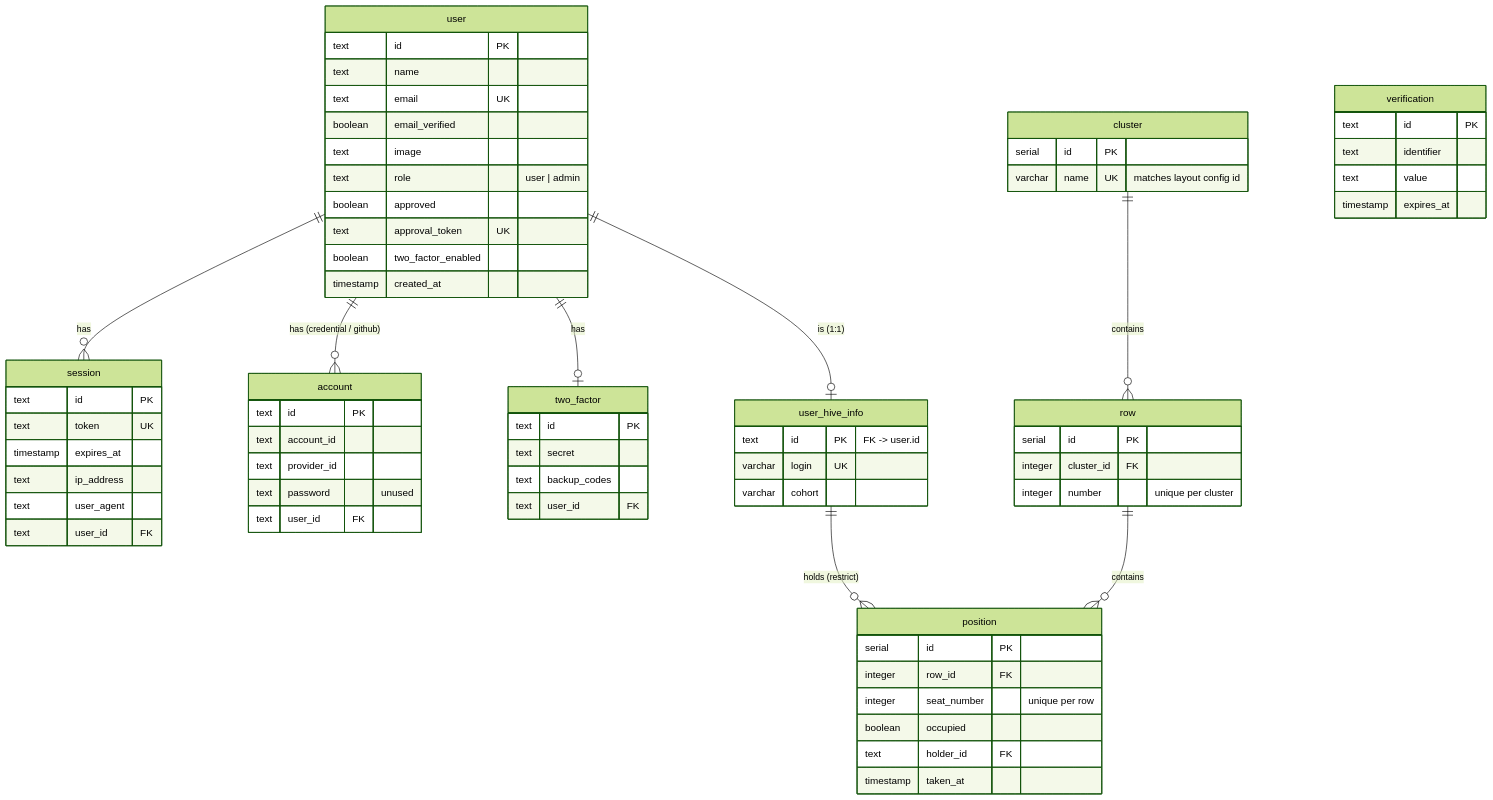
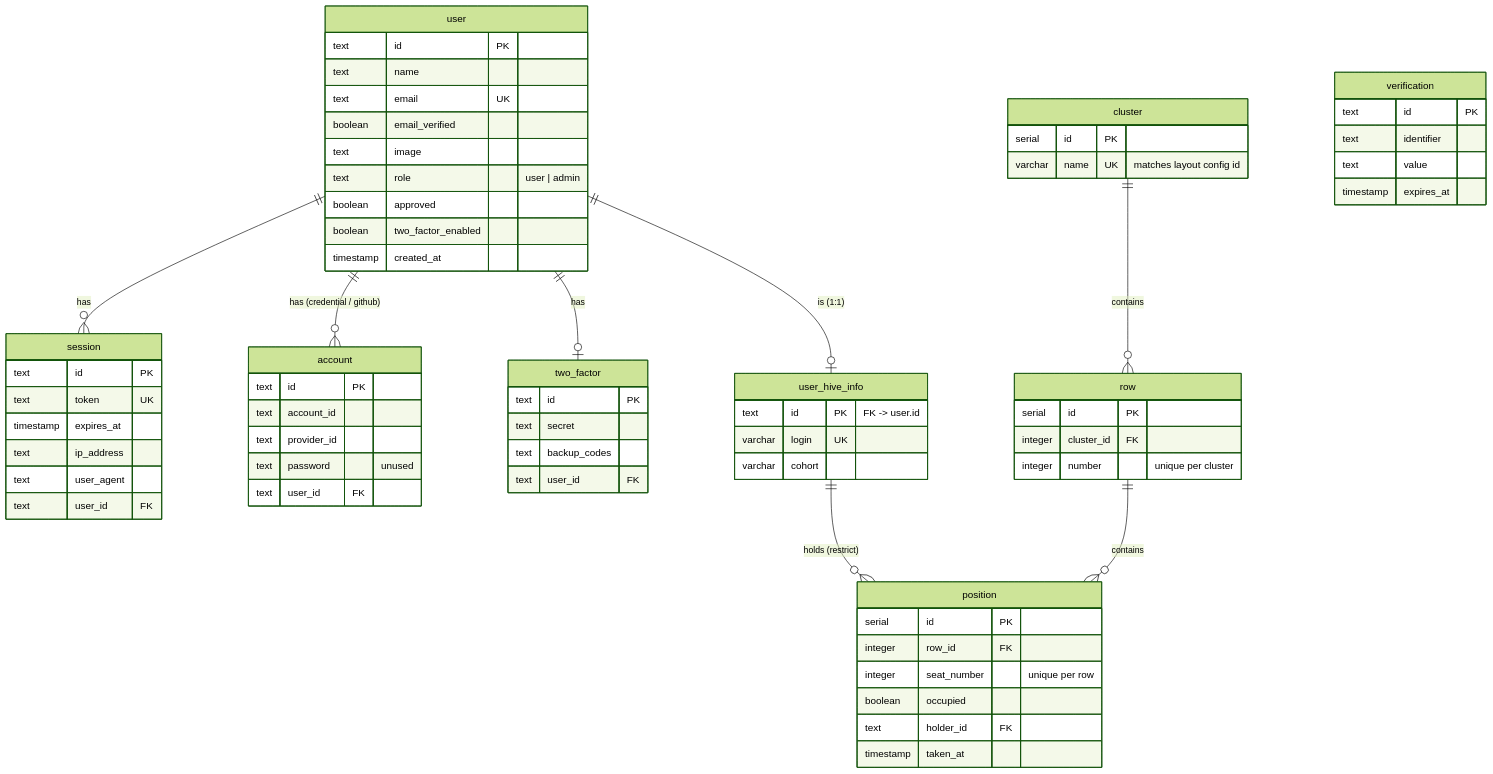
One commit to a-kuchmambetov/cluster_map changed the diagram in README.md. Above: the diagram before and after it, drawn with Mermaid (forest theme). The commit also changed other lines of this file and 51 other files, not shown here.

````diff
--- a/README.md
+++ b/README.md
@@ -243,72 +244,71 @@
 ```mermaid
 erDiagram
     user ||--o{ session : has
     user ||--o{ account : "has (credential / github)"
     user ||--o| two_factor : has
     user ||--o| user_hive_info : "is (1:1)"
     cluster ||--o{ row : contains
     row ||--o{ position : contains
     user_hive_info ||--o{ position : "holds (restrict)"
 
     user {
         text id PK
         text name
         text email UK
         boolean email_verified
         text image
         text role "user | admin"
         boolean approved
-        text approval_token UK
         boolean two_factor_enabled
         timestamp created_at
     }
     session {
         text id PK
         text token UK
         timestamp expires_at
         text ip_address
         text user_agent
         text user_id FK
     }
     account {
         text id PK
         text account_id
         text provider_id
         text password "unused"
         text user_id FK
     }
     verification {
         text id PK
         text identifier
         text value
         timestamp expires_at
     }
     two_factor {
         text id PK
         text secret
         text backup_codes
         text user_id FK
     }
     user_hive_info {
         text id PK "FK -> user.id"
         varchar login UK
         varchar cohort
     }
     cluster {
         serial id PK
         varchar name UK "matches layout config id"
     }
     row {
         serial id PK
         integer cluster_id FK
         integer number "unique per cluster"
     }
     position {
         serial id PK
         integer row_id FK
         integer seat_number "unique per row"
         boolean occupied
         text holder_id FK
         timestamp taken_at
     }
 ```
````
